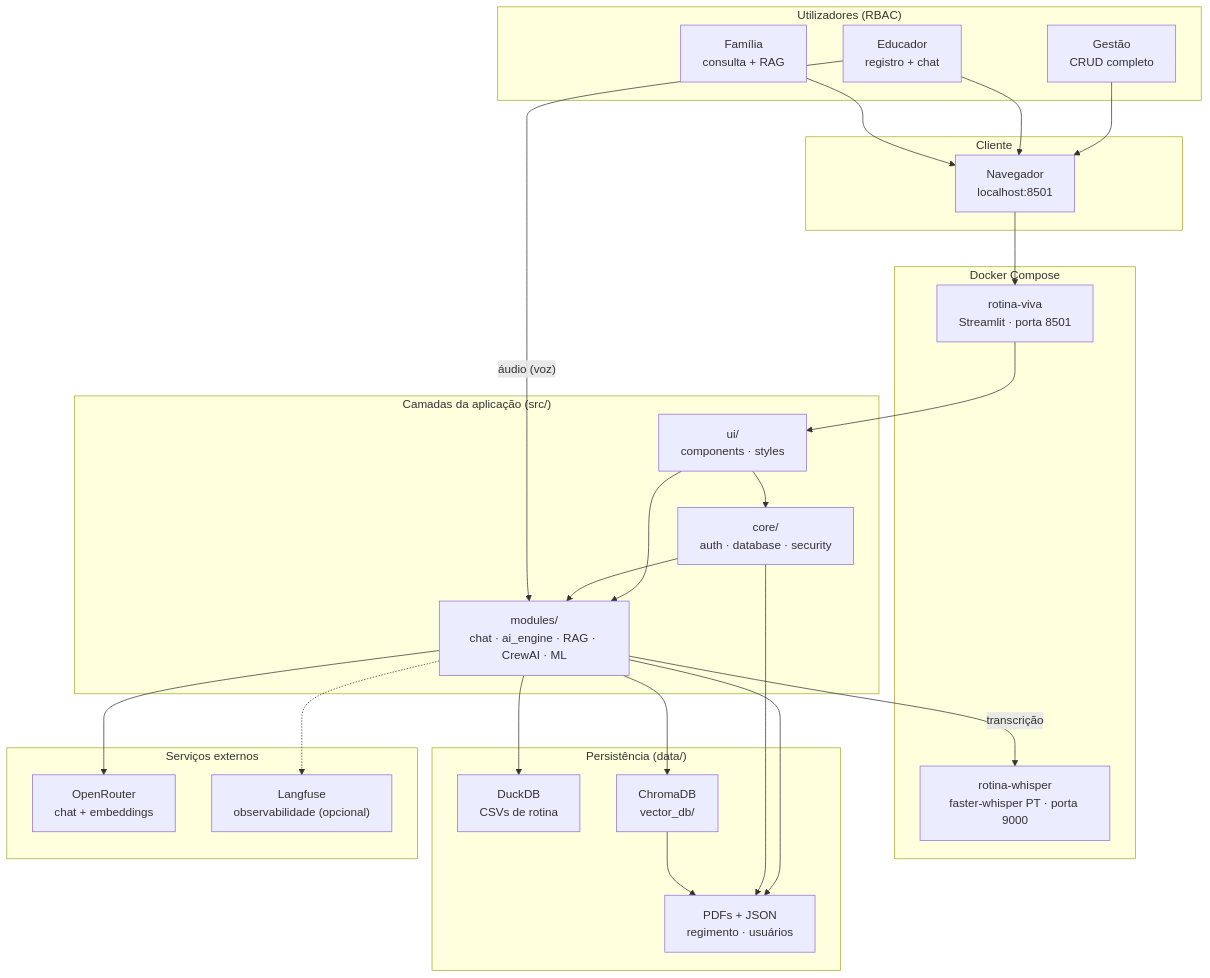
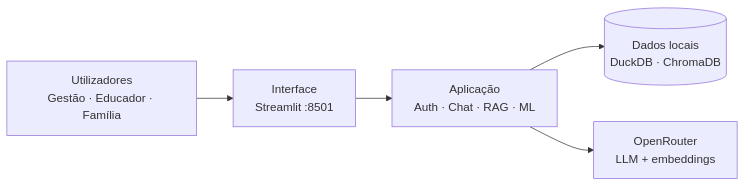
Before and after one commit to Leonardolabdc/rotina_viva: the first of 4 diagrams in README.md, drawn with Mermaid. The commit also changed other lines of this file, not shown here.

Commit message:
docs: simplificar diagramas de arquitetura no README

````diff
--- a/README.md
+++ b/README.md
@@ -212,50 +214,11 @@
 ```mermaid
-flowchart TB
-    subgraph usuarios["Utilizadores (RBAC)"]
-        G["Gestão<br/>CRUD completo"]
-        E["Educador<br/>registro + chat"]
-        F["Família<br/>consulta + RAG"]
-    end
+flowchart LR
+    U["Utilizadores<br/>Gestão · Educador · Família"]
+    UI["Interface<br/>Streamlit :8501"]
+    APP["Aplicação<br/>Auth · Chat · RAG · ML"]
+    DATA[("Dados locais<br/>DuckDB · ChromaDB")]
+    EXT["OpenRouter<br/>LLM + embeddings"]
 
-    subgraph cliente["Cliente"]
-        NAV["Navegador<br/>localhost:8501"]
-    end
-
-    subgraph docker["Docker Compose"]
-        APP["rotina-viva<br/>Streamlit · porta 8501"]
-        WH["rotina-whisper<br/>faster-whisper PT · porta 9000"]
-    end
-
-    subgraph app["Camadas da aplicação (src/)"]
-        UI["ui/<br/>components · styles"]
-        CORE["core/<br/>auth · database · security"]
-        MOD["modules/<br/>chat · ai_engine · RAG · CrewAI · ML"]
-    end
-
-    subgraph dados["Persistência (data/)"]
-        DUCK["DuckDB<br/>CSVs de rotina"]
-        CHROMA["ChromaDB<br/>vector_db/"]
-        DOCS["PDFs + JSON<br/>regimento · usuários"]
-    end
-
-    subgraph apis["Serviços externos"]
-        OR["OpenRouter<br/>chat + embeddings"]
-        LF["Langfuse<br/>observabilidade (opcional)"]
-    end
-
-    G & E & F --> NAV
-    NAV --> APP
-    APP --> UI
-    UI --> CORE
-    UI --> MOD
-    CORE --> MOD
-    MOD --> DUCK
-    MOD --> CHROMA
-    MOD --> DOCS
-    CORE --> DOCS
-    E -->|"áudio (voz)"| MOD
-    MOD -->|"transcrição"| WH
-    MOD --> OR
-    MOD -.-> LF
-    CHROMA --> DOCS
+    U --> UI --> APP --> DATA
+    APP --> EXT
 ```
````
